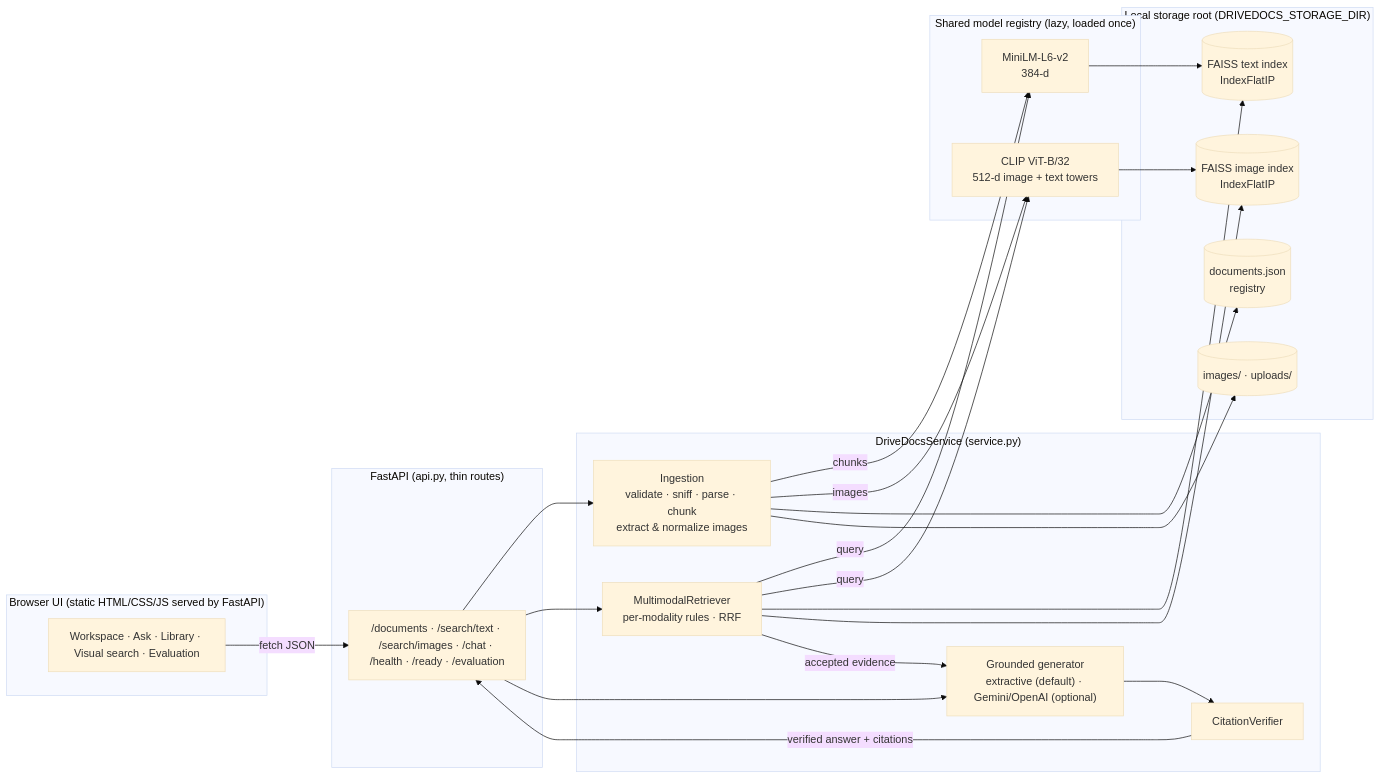
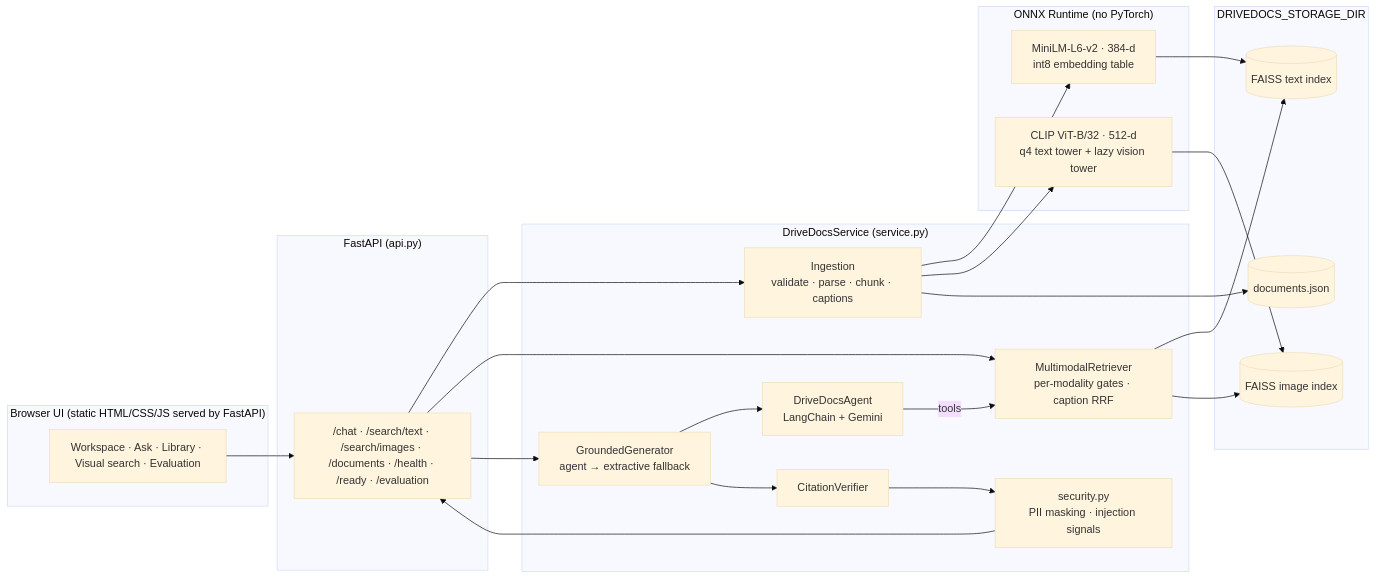
Before and after one commit to Charanloyal/drivedocs: the second of 2 diagrams in README.md, drawn with Mermaid (base theme). The commit also changed other lines of this file and 63 other files, not shown here.

````diff
--- a/README.md
+++ b/README.md
@@ -99,39 +93,33 @@
 ```mermaid
 flowchart LR
     subgraph Client["Browser UI (static HTML/CSS/JS served by FastAPI)"]
         UI["Workspace · Ask · Library · Visual search · Evaluation"]
     end
-
-    subgraph API["FastAPI (api.py, thin routes)"]
-        R["/documents · /search/text · /search/images · /chat · /health · /ready · /evaluation"]
+    subgraph API["FastAPI (api.py)"]
+        R["/chat · /search/text · /search/images · /documents · /health · /ready · /evaluation"]
     end
-
     subgraph Service["DriveDocsService (service.py)"]
-        ING["Ingestion<br/>validate · sniff · parse · chunk<br/>extract & normalize images"]
-        RET["MultimodalRetriever<br/>per-modality rules · RRF"]
-        GEN["Grounded generator<br/>extractive (default) · Gemini/OpenAI (optional)"]
+        ING["Ingestion<br/>validate · parse · chunk · captions"]
+        RET["MultimodalRetriever<br/>per-modality gates · caption RRF"]
+        AGT["DriveDocsAgent<br/>LangChain + Gemini"]
+        GEN["GroundedGenerator<br/>agent → extractive fallback"]
+        SEC["security.py<br/>PII masking · injection signals"]
         VER["CitationVerifier"]
     end
-
-    subgraph Models["Shared model registry (lazy, loaded once)"]
-        MINI["MiniLM-L6-v2<br/>384-d"]
-        CLIP["CLIP ViT-B/32<br/>512-d image + text towers"]
+    subgraph Models["ONNX Runtime (no PyTorch)"]
+        MINI["MiniLM-L6-v2 · 384-d<br/>int8 embedding table"]
+        CLIP["CLIP ViT-B/32 · 512-d<br/>q4 text tower + lazy vision tower"]
     end
-
-    subgraph Storage["Local storage root (DRIVEDOCS_STORAGE_DIR)"]
-        TIDX[("FAISS text index<br/>IndexFlatIP")]
-        IIDX[("FAISS image index<br/>IndexFlatIP")]
-        REG[("documents.json<br/>registry")]
-        FILES[("images/ · uploads/")]
+    subgraph Storage["DRIVEDOCS_STORAGE_DIR"]
+        TIDX[("FAISS text index")]
+        IIDX[("FAISS image index")]
+        REG[("documents.json")]
     end
-
-    UI -->|fetch JSON| R
-    R --> ING & RET & GEN
-    ING -->|chunks| MINI --> TIDX
-    ING -->|images| CLIP --> IIDX
-    ING --> REG & FILES
-    RET -->|query| MINI
-    RET -->|query| CLIP
+    UI --> R --> ING & RET & GEN
+    ING --> MINI --> TIDX
+    ING --> CLIP --> IIDX
+    ING --> REG
     RET --> TIDX & IIDX
-    RET -->|accepted evidence| GEN --> VER -->|verified answer + citations| R
+    GEN --> AGT -->|tools| RET
+    GEN --> VER --> SEC --> R
 ```
````
